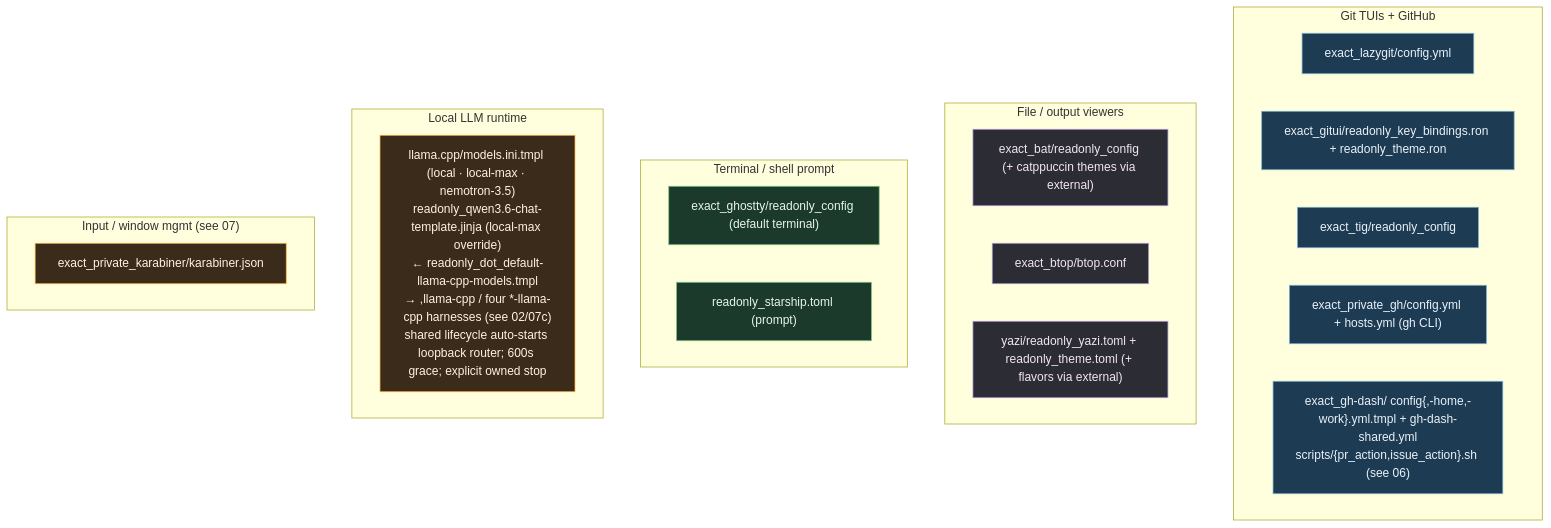
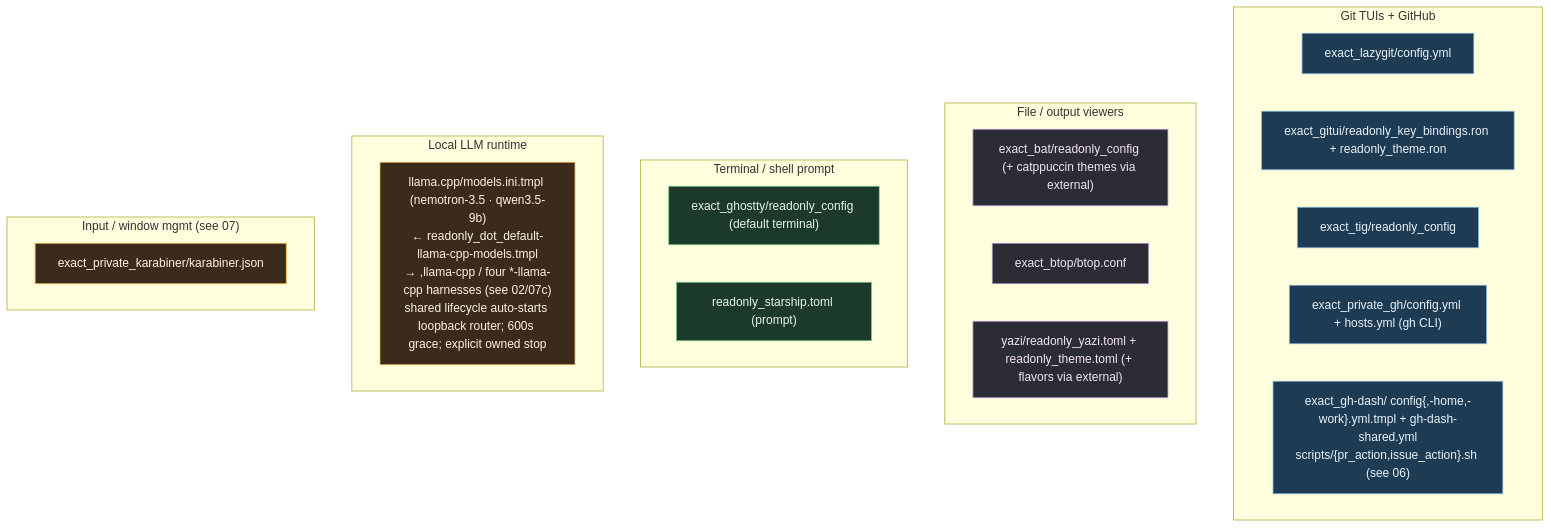
Before and after one commit to kapral18/dotfiles: the diagram in .mermaids/13-app-configs.mmd, drawn with Mermaid. The commit also changed 51 other files, not shown here.

First line of the commit message:
feat(llama-cpp): replace local Qwen3.6 models with Nemotron 3.5 UD and Qwen3.5 9B

```diff
--- a/.mermaids/13-app-configs.mmd
+++ b/.mermaids/13-app-configs.mmd
@@ -1,37 +1,37 @@
 %% ============================================================================
 %% 13-app-configs.mmd — Remaining standalone app configs in home/dot_config/
 %% (and a couple elsewhere) not covered by tmux(05)/nvim(07b)/ai(12)/fish(07).
 %% Each → ~/.config/<app>/. readonly_ = r--r--r--; .tmpl = isWork-aware.
 %% ============================================================================
 flowchart TB
     classDef git fill:#1d3b53,stroke:#7fb3d5,color:#eaf2f8;
     classDef view fill:#2c2c34,stroke:#b39ddb,color:#f3e5f5;
     classDef term fill:#1b3a2b,stroke:#81c784,color:#e8f5e9;
     classDef misc fill:#3a2b1b,stroke:#ffb74d,color:#fff3e0;
 
     subgraph GIT["Git TUIs + GitHub"]
         LAZY["exact_lazygit/config.yml"]:::git
         GITUI["exact_gitui/readonly_key_bindings.ron + readonly_theme.ron"]:::git
         TIG["exact_tig/readonly_config"]:::git
         GHCLI["exact_private_gh/config.yml + hosts.yml (gh CLI)"]:::git
         GHDASH["exact_gh-dash/ config{,-home,-work}.yml.tmpl + gh-dash-shared.yml<br/>scripts/{pr_action,issue_action}.sh (see 06)"]:::git
     end
 
     subgraph VIEWERS["File / output viewers"]
         BAT["exact_bat/readonly_config (+ catppuccin themes via external)"]:::view
         BTOP["exact_btop/btop.conf"]:::view
         YAZI["yazi/readonly_yazi.toml + readonly_theme.toml (+ flavors via external)"]:::view
     end
 
     subgraph TERMSH["Terminal / shell prompt"]
         GHOSTTY["exact_ghostty/readonly_config (default terminal)"]:::term
         STAR["readonly_starship.toml (prompt)"]:::term
     end
 
     subgraph LOCALAI["Local LLM runtime"]
-        LLAMA["llama.cpp/models.ini.tmpl (local · local-max · nemotron-3.5)<br/>readonly_qwen3.6-chat-template.jinja (local-max override)<br/>← readonly_dot_default-llama-cpp-models.tmpl<br/>→ ,llama-cpp / four *-llama-cpp harnesses (see 02/07c)<br/>shared lifecycle auto-starts loopback router; 600s grace; explicit owned stop"]:::misc
+        LLAMA["llama.cpp/models.ini.tmpl (nemotron-3.5 · qwen3.5-9b)<br/>← readonly_dot_default-llama-cpp-models.tmpl<br/>→ ,llama-cpp / four *-llama-cpp harnesses (see 02/07c)<br/>shared lifecycle auto-starts loopback router; 600s grace; explicit owned stop"]:::misc
     end
 
     subgraph INPUT["Input / window mgmt (see 07)"]
         KARA["exact_private_karabiner/karabiner.json"]:::misc
     end
```
